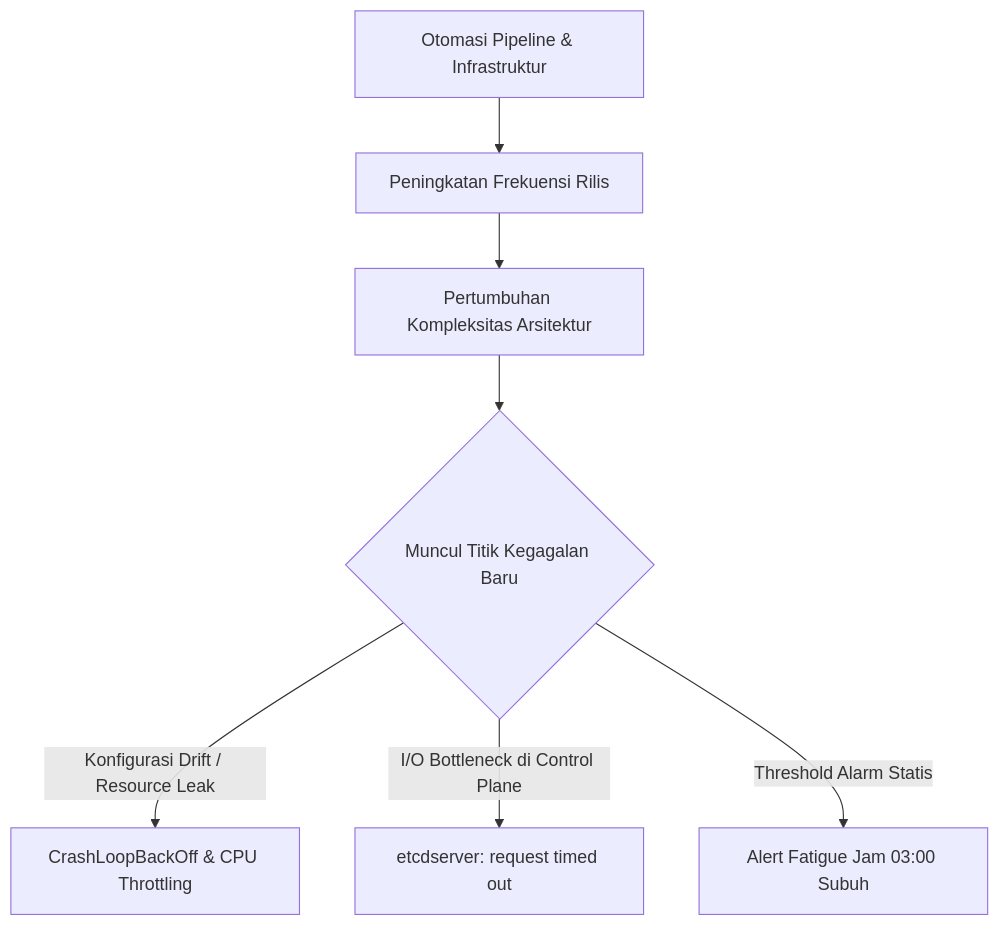
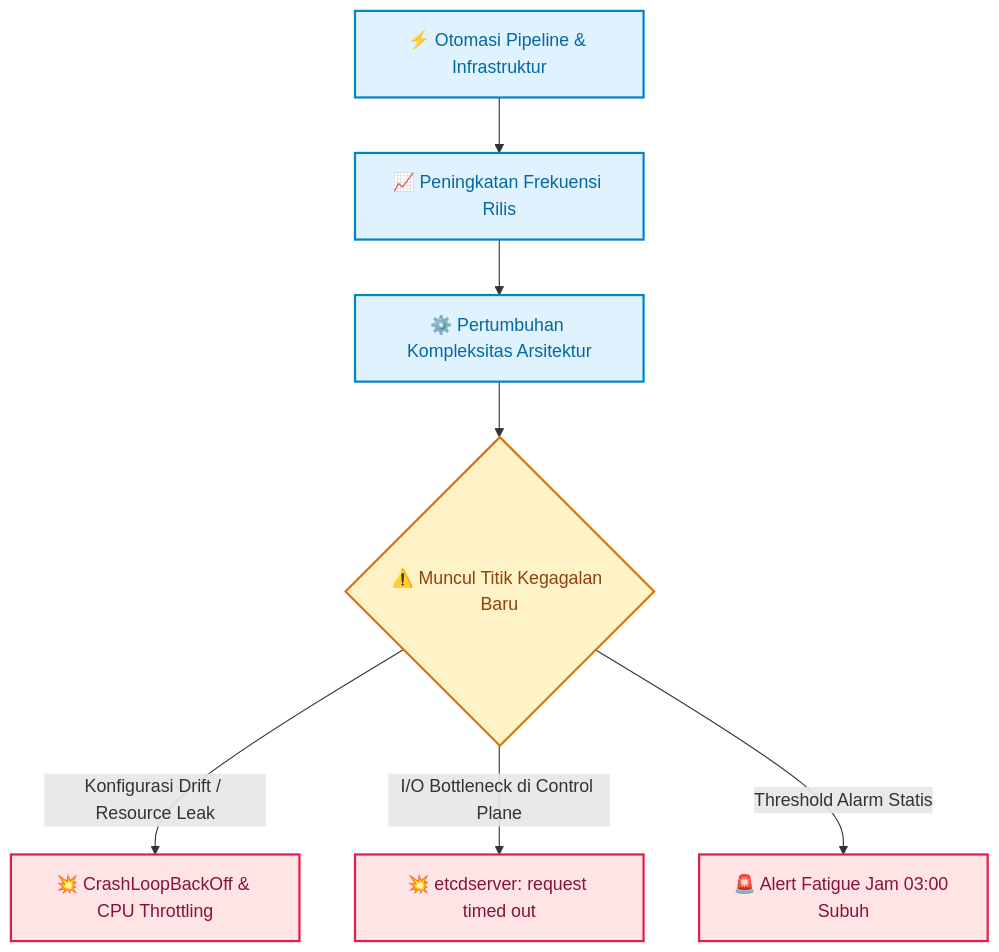
One commit to abdul-zailani/abdul-zailani.github.io changed the diagram in _posts/2026-08-29-realitas-devops-di-balik-mitos-automate-and-chill.md. Above: the diagram before and after it, drawn with Mermaid. The commit also changed 12 other files, not shown here.

Commit message:
feat(diagrams): upgrade to mermaid v11 hand-drawn excalidraw style with macos window cards

````diff
--- a/_posts/2026-08-29-realitas-devops-di-balik-mitos-automate-and-chill.md
+++ b/_posts/2026-08-29-realitas-devops-di-balik-mitos-automate-and-chill.md
@@ -62,9 +62,17 @@
 ```mermaid
 graph TD
-    A[Otomasi Pipeline & Infrastruktur] --> B[Peningkatan Frekuensi Rilis]
-    B --> C[Pertumbuhan Kompleksitas Arsitektur]
-    C --> D{Muncul Titik Kegagalan Baru}
-    D -->|Konfigurasi Drift / Resource Leak| E[CrashLoopBackOff & CPU Throttling]
-    D -->|I/O Bottleneck di Control Plane| F[etcdserver: request timed out]
-    D -->|Threshold Alarm Statis| G[Alert Fatigue Jam 03:00 Subuh]
+    A[⚡ Otomasi Pipeline & Infrastruktur] --> B[📈 Peningkatan Frekuensi Rilis]
+    B --> C[⚙️ Pertumbuhan Kompleksitas Arsitektur]
+    C --> D{⚠️ Muncul Titik Kegagalan Baru}
+    D -->|Konfigurasi Drift / Resource Leak| E[💥 CrashLoopBackOff & CPU Throttling]
+    D -->|I/O Bottleneck di Control Plane| F[💥 etcdserver: request timed out]
+    D -->|Threshold Alarm Statis| G[🚨 Alert Fatigue Jam 03:00 Subuh]
+
+    classDef primary fill:#E0F2FE,stroke:#0284C7,stroke-width:2px,color:#0369A1;
+    classDef warning fill:#FEF3C7,stroke:#D97706,stroke-width:2px,color:#92400E;
+    classDef error fill:#FFE4E6,stroke:#E11D48,stroke-width:2px,color:#881337;
+
+    class A,B,C primary;
+    class D warning;
+    class E,F,G error;
 ```
````
